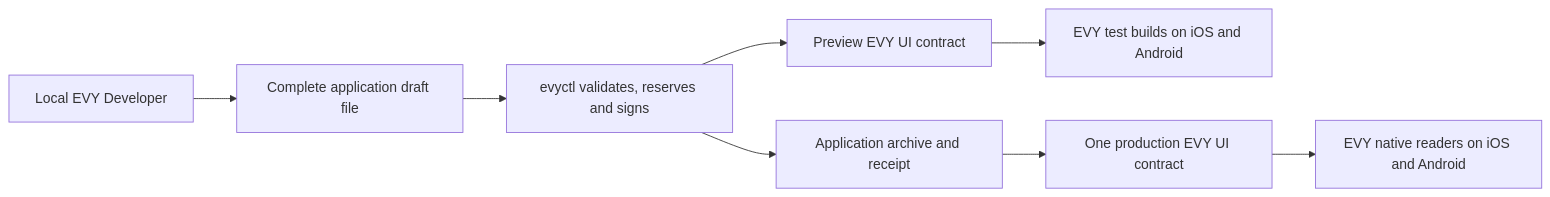
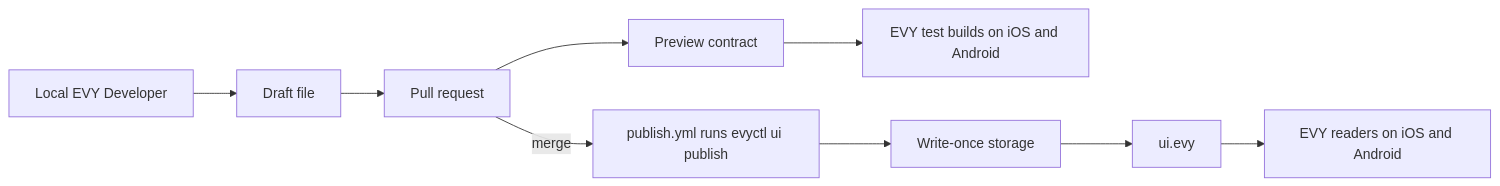
The diagram in 2-evy-on-freenet/05-developer.md (EVY-Platform/evy-freenet-plans), drawn with Mermaid before and after one commit. The commit also changed other lines of this file and 34 other files, not shown here.

````diff
--- a/2-evy-on-freenet/05-developer.md
+++ b/2-evy-on-freenet/05-developer.md
@@ -17,10 +22,11 @@
 ```mermaid
 flowchart LR
-  Editor[Local EVY Developer] --> Draft[Complete application draft file]
-  Draft --> CLI[evyctl validates, reserves and signs]
-  CLI --> Preview[Preview EVY UI contract]
+  Editor[Local EVY Developer] --> Draft[Draft file]
+  Draft --> PR[Pull request]
+  PR --> Preview[Preview contract]
   Preview --> Test[EVY test builds on iOS and Android]
-  CLI --> Archive[Application archive and receipt]
-  Archive --> Live[One production EVY UI contract]
-  Live --> App[EVY native readers on iOS and Android]
+  PR -->|merge| Job[publish.yml runs evyctl ui publish]
+  Job --> Store[Write-once storage]
+  Store --> Live[ui.evy]
+  Live --> App[EVY readers on iOS and Android]
 ```
````
